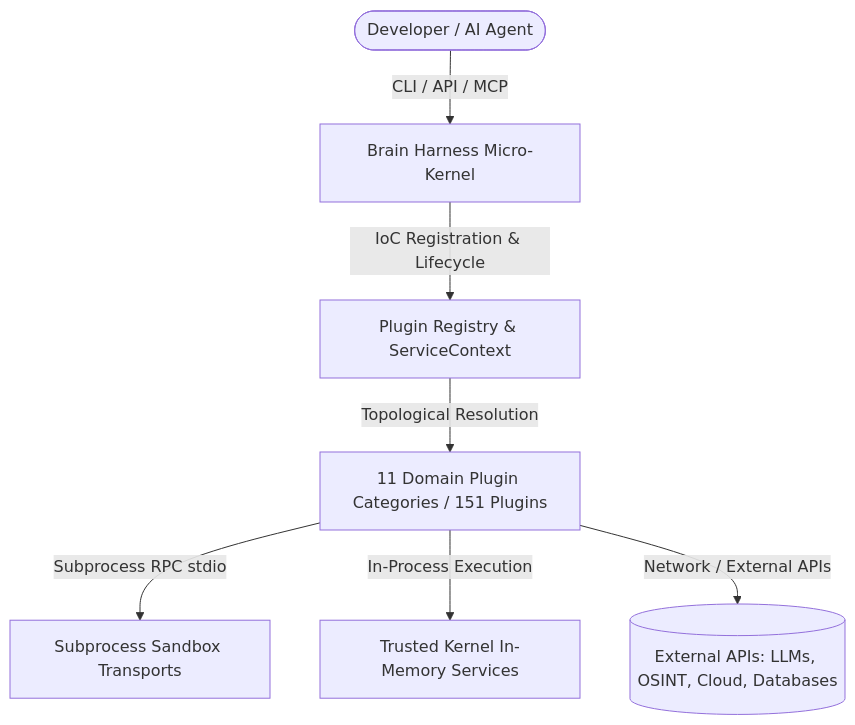
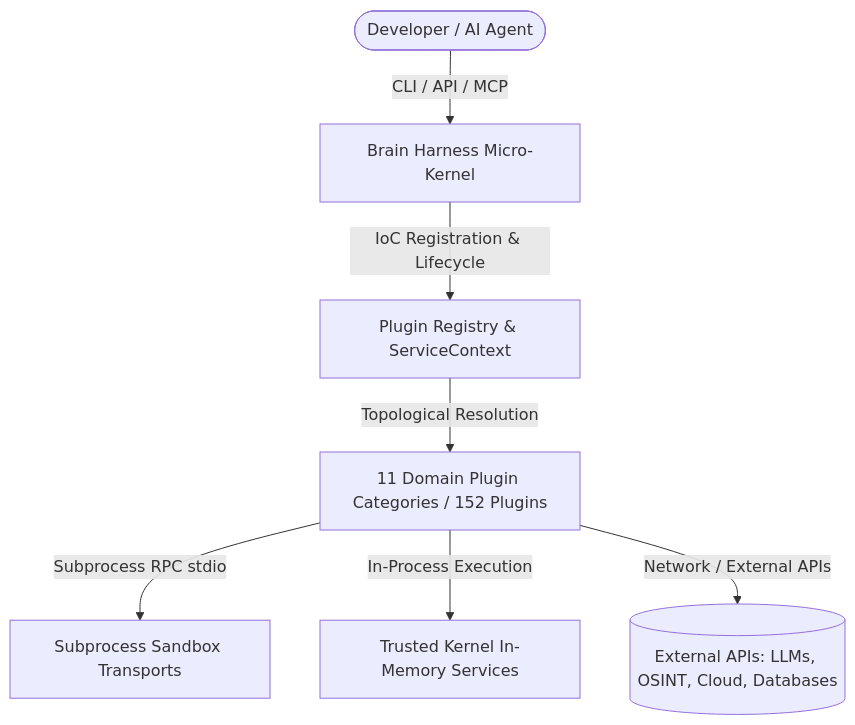
The first of 2 diagrams in plugins/README.md (SpectreDeath/Brain-Harness), drawn with Mermaid before and after one commit. The commit also changed other lines of this file and 196 other files, not shown here.

````diff
--- a/plugins/README.md
+++ b/plugins/README.md
@@ -11,9 +11,9 @@
 ```mermaid
 flowchart TD
     User([Developer / AI Agent]) -->|CLI / API / MCP| Kernel[Brain Harness Micro-Kernel]
     Kernel -->|IoC Registration & Lifecycle| Registry[Plugin Registry & ServiceContext]
-    Registry -->|Topological Resolution| Plugins[11 Domain Plugin Categories / 151 Plugins]
+    Registry -->|Topological Resolution| Plugins[11 Domain Plugin Categories / 152 Plugins]
     Plugins -->|Subprocess RPC stdio| Sandbox[Subprocess Sandbox Transports]
     Plugins -->|In-Process Execution| CoreServices[Trusted Kernel In-Memory Services]
     Plugins -->|Network / External APIs| External[(External APIs: LLMs, OSINT, Cloud, Databases)]
 ```
````
